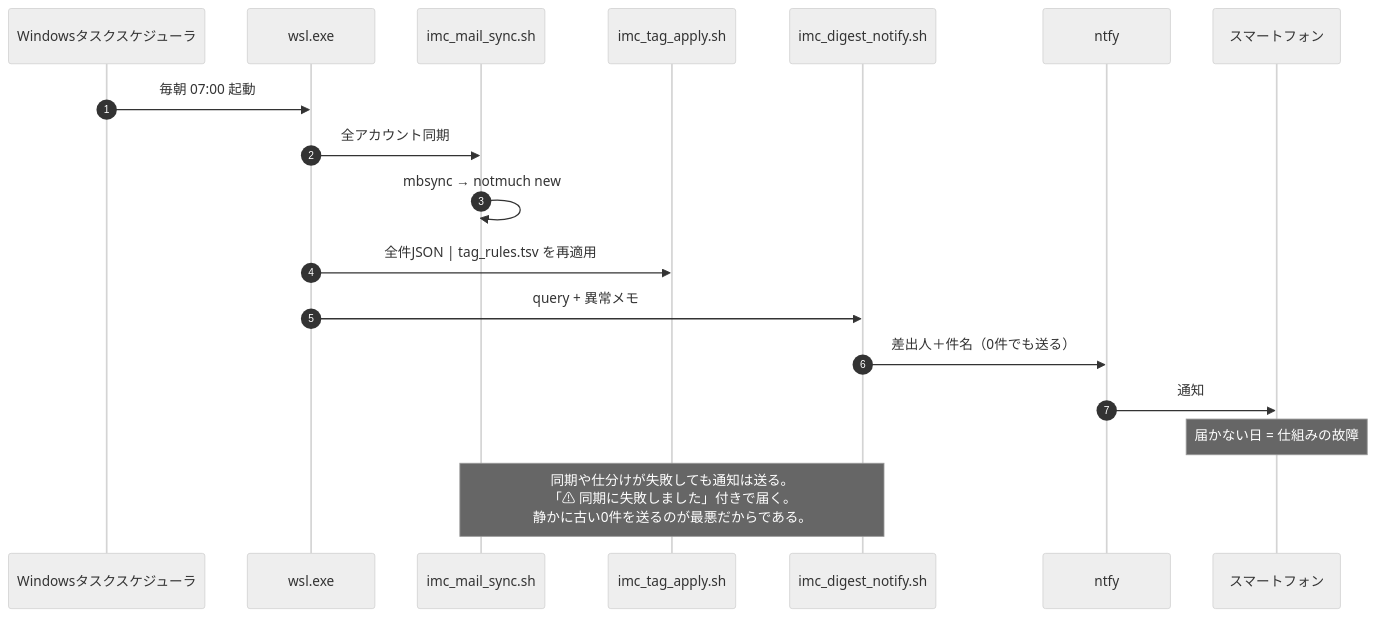
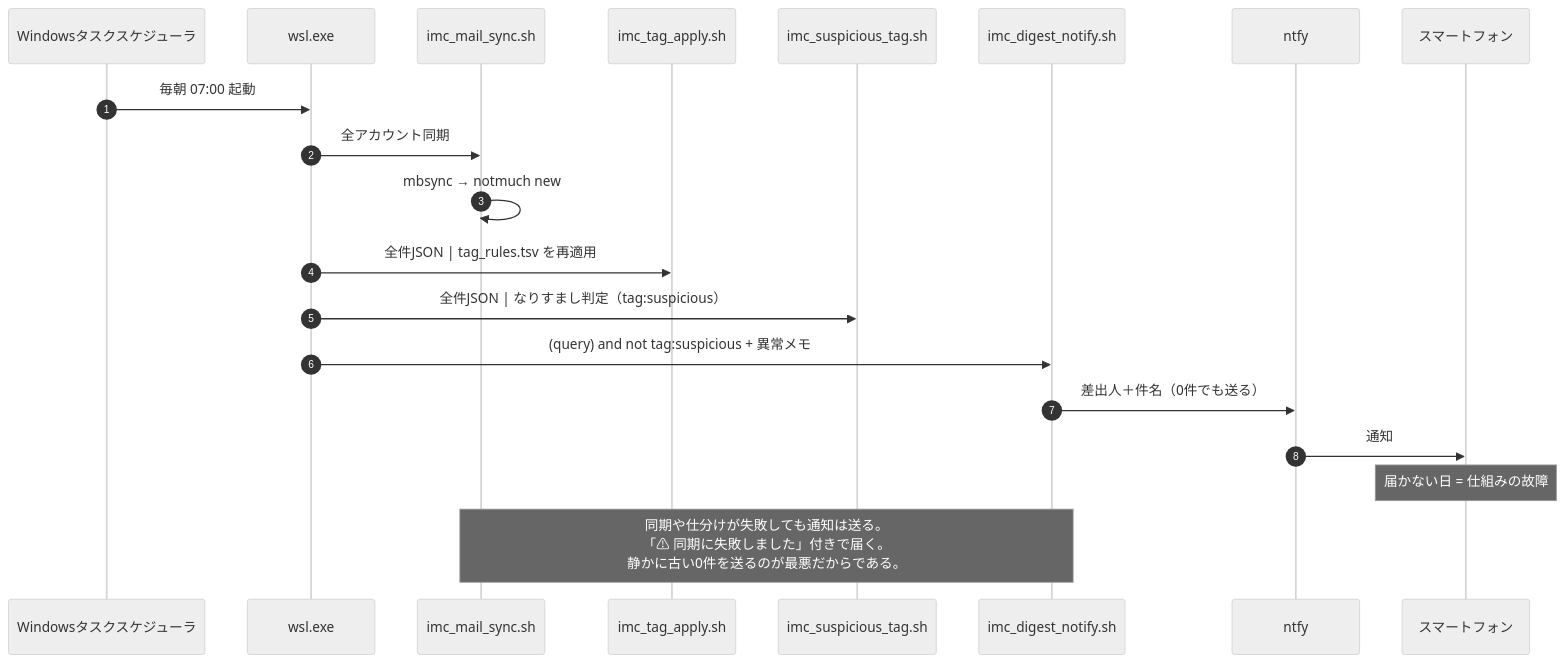
One commit to takamitsu-ishioka/imc changed the second of 2 diagrams in design.en.md. Above: the diagram before and after it, drawn with Mermaid (neutral theme). The commit also changed other lines of this file and 6 other files, not shown here.

First line of the commit message:
imc_suspicious_tag.sh: なりすまし判定、ビューアーに不要不急の差出人登録(f)

````diff
--- a/design.en.md
+++ b/design.en.md
@@ -153,22 +153,24 @@
 ```mermaid
 sequenceDiagram
   autonumber
   participant TS as Windowsタスクスケジューラ
   participant WSL as wsl.exe
   participant SY as imc_mail_sync.sh
   participant TA as imc_tag_apply.sh
+  participant ST as imc_suspicious_tag.sh
   participant DG as imc_digest_notify.sh
   participant N as ntfy
   participant P as スマートフォン
 
   TS->>WSL: 毎朝 07:00 起動
   WSL->>SY: 全アカウント同期
   SY->>SY: mbsync → notmuch new
   WSL->>TA: 全件JSON | tag_rules.tsv を再適用
-  WSL->>DG: query + 異常メモ
+  WSL->>ST: 全件JSON | なりすまし判定（tag:suspicious）
+  WSL->>DG: (query) and not tag:suspicious + 異常メモ
   DG->>N: 差出人＋件名（0件でも送る）
   N->>P: 通知
   Note over P: 届かない日 = 仕組みの故障
 
   Note over SY,DG: 同期や仕分けが失敗しても通知は送る。<br/>「⚠ 同期に失敗しました」付きで届く。<br/>静かに古い0件を送るのが最悪だからである。
 ```
````
